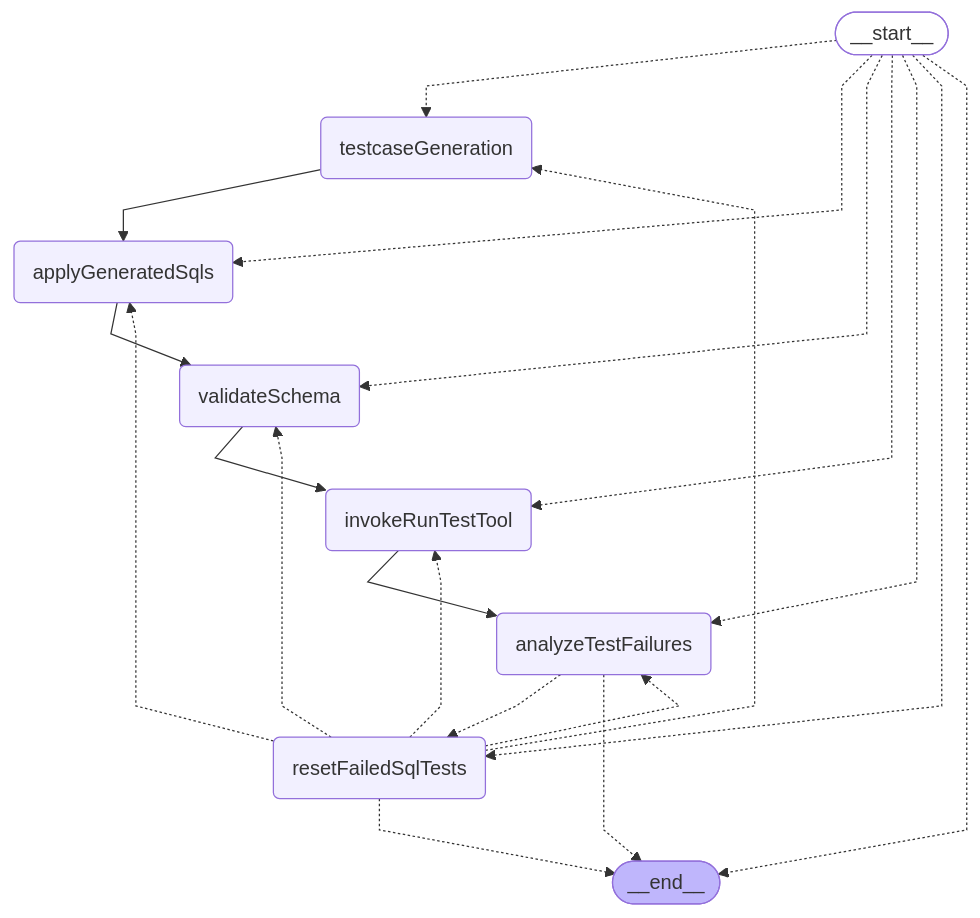
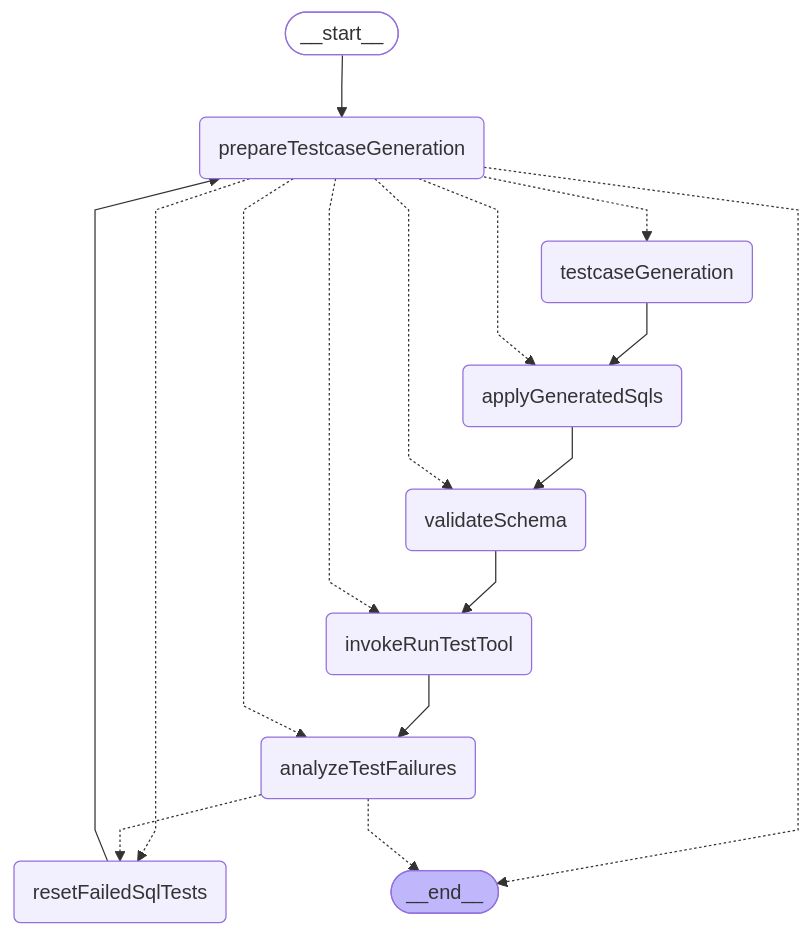
The fifth of 6 diagrams in frontend/internal-packages/agent/README.md (liam-hq/liam), drawn with Mermaid before and after one commit. The commit also changed other lines of this file and 3 other files, not shown here.

First line of the commit message:
Add prepareTestcaseGeneration node to persist start message in state

````diff
--- a/frontend/internal-packages/agent/README.md
+++ b/frontend/internal-packages/agent/README.md
@@ -233,34 +233,31 @@
 ```mermaid
 %%{init: {'flowchart': {'curve': 'linear'}}}%%
 graph TD;
 	__start__([<p>__start__</p>]):::first
+	prepareTestcaseGeneration(prepareTestcaseGeneration)
 	testcaseGeneration(testcaseGeneration)
 	applyGeneratedSqls(applyGeneratedSqls)
 	validateSchema(validateSchema)
 	invokeRunTestTool(invokeRunTestTool)
 	analyzeTestFailures(analyzeTestFailures)
 	resetFailedSqlTests(resetFailedSqlTests)
 	__end__([<p>__end__</p>]):::last
+	__start__ --> prepareTestcaseGeneration;
 	applyGeneratedSqls --> validateSchema;
 	invokeRunTestTool --> analyzeTestFailures;
+	resetFailedSqlTests --> prepareTestcaseGeneration;
 	testcaseGeneration --> applyGeneratedSqls;
 	validateSchema --> invokeRunTestTool;
-	__start__ -.-> testcaseGeneration;
-	__start__ -.-> applyGeneratedSqls;
-	__start__ -.-> validateSchema;
-	__start__ -.-> invokeRunTestTool;
-	__start__ -.-> analyzeTestFailures;
-	__start__ -.-> resetFailedSqlTests;
-	__start__ -.-> __end__;
+	prepareTestcaseGeneration -.-> testcaseGeneration;
+	prepareTestcaseGeneration -.-> applyGeneratedSqls;
+	prepareTestcaseGeneration -.-> validateSchema;
+	prepareTestcaseGeneration -.-> invokeRunTestTool;
+	prepareTestcaseGeneration -.-> analyzeTestFailures;
+	prepareTestcaseGeneration -.-> resetFailedSqlTests;
+	prepareTestcaseGeneration -.-> __end__;
 	analyzeTestFailures -.-> resetFailedSqlTests;
 	analyzeTestFailures -.-> __end__;
-	resetFailedSqlTests -.-> testcaseGeneration;
-	resetFailedSqlTests -.-> applyGeneratedSqls;
-	resetFailedSqlTests -.-> validateSchema;
-	resetFailedSqlTests -.-> invokeRunTestTool;
-	resetFailedSqlTests -.-> analyzeTestFailures;
-	resetFailedSqlTests -.-> __end__;
 	classDef default fill:#f2f0ff,line-height:1.2;
 	classDef first fill-opacity:0;
 	classDef last fill:#bfb6fc;
 ```
````
